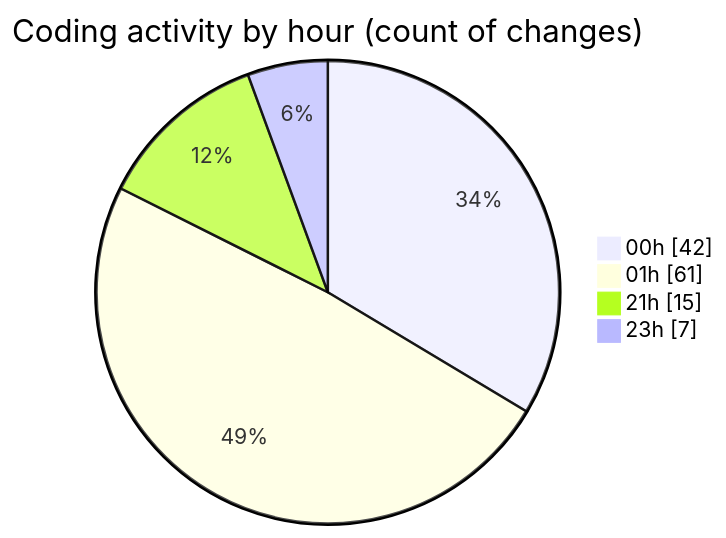
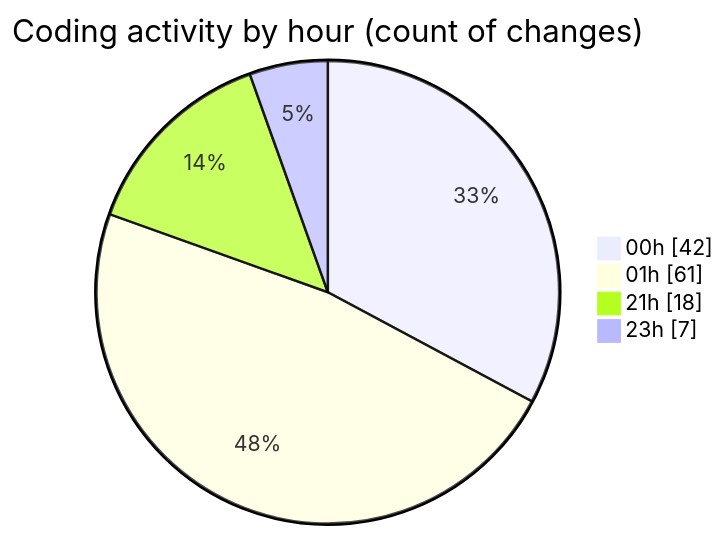
One commit to lephambinh05/code-tracking changed the second of 2 diagrams in 2025-08-12/rentotp/README.md. Above: the diagram before and after it, drawn with Mermaid. The commit also changed other lines of this file and 1 other file, not shown here.

````diff
--- a/2025-08-12/rentotp/README.md
+++ b/2025-08-12/rentotp/README.md
@@ -52,8 +52,8 @@
 ```mermaid
 pie showData
 title Coding activity by hour (count of changes)
 "00h" : 42
 "01h" : 61
-"21h" : 15
+"21h" : 18
 "23h" : 7
 ```
````
